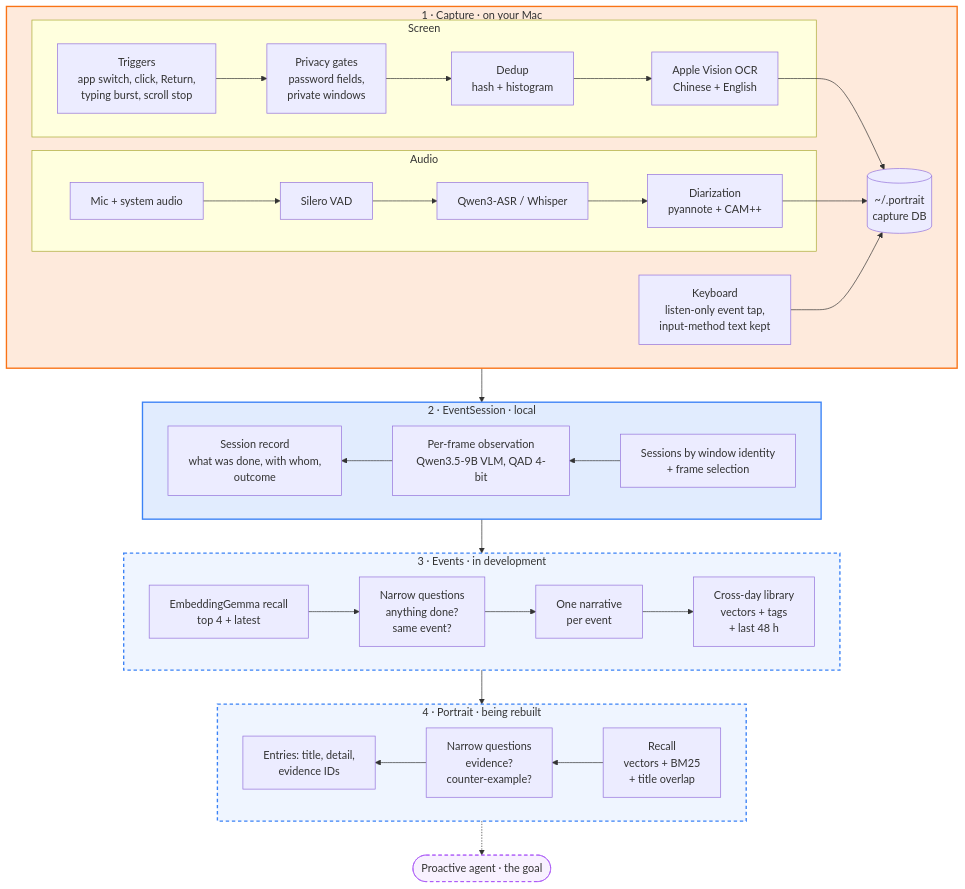
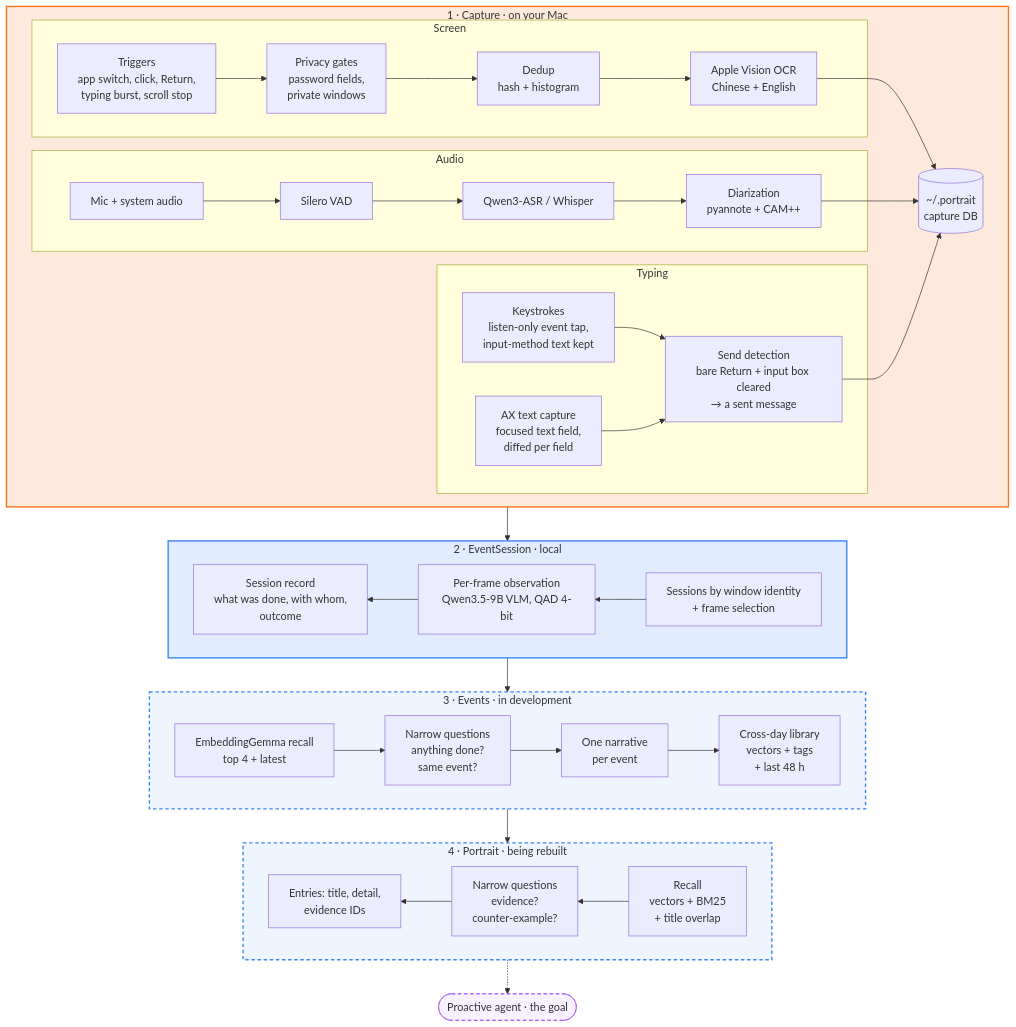
Before and after one commit to joyzhang14-14/My-Portrait: the diagram in README.md, drawn with Mermaid.

Commit message:
docs(readme): typing lane with AX capture and send detection

````diff
--- a/README.md
+++ b/README.md
@@ -19,39 +19,42 @@
 ```mermaid
 flowchart TB
   subgraph CAP["1 · Capture · on your Mac"]
     direction LR
     subgraph SCR["Screen"]
       T["Triggers<br/>app switch, click, Return,<br/>typing burst, scroll stop"] --> PG["Privacy gates<br/>password fields,<br/>private windows"] --> DD["Dedup<br/>hash + histogram"] --> OCR["Apple Vision OCR<br/>Chinese + English"]
     end
     subgraph AUD["Audio"]
       M["Mic + system audio"] --> VAD["Silero VAD"] --> ASR["Qwen3-ASR / Whisper"] --> DZ["Diarization<br/>pyannote + CAM++"]
     end
-    K["Keyboard<br/>listen-only event tap,<br/>input-method text kept"]
+    subgraph KB["Typing"]
+      K["Keystrokes<br/>listen-only event tap,<br/>input-method text kept"] --> SD["Send detection<br/>bare Return + input box cleared<br/>→ a sent message"]
+      AX["AX text capture<br/>focused text field,<br/>diffed per field"] --> SD
+    end
     OCR --> DB[("~/.portrait<br/>capture DB")]
     DZ --> DB
-    K --> DB
+    SD --> DB
   end
 
   subgraph ES["2 · EventSession · local"]
     direction RL
     SP["Sessions by window identity<br/>+ frame selection"] --> OBS["Per-frame observation<br/>Qwen3.5-9B VLM, QAD 4-bit"] --> SR["Session record<br/>what was done, with whom,<br/>outcome"]
   end
 
   subgraph EM["3 · Events · in development"]
     direction LR
     R1["EmbeddingGemma recall<br/>top 4 + latest"] --> Q1["Narrow questions<br/>anything done?<br/>same event?"] --> W1["One narrative<br/>per event"] --> LIB["Cross-day library<br/>vectors + tags<br/>+ last 48 h"]
   end
 
   subgraph PT["4 · Portrait · being rebuilt"]
     direction RL
     R2["Recall<br/>vectors + BM25<br/>+ title overlap"] --> Q2["Narrow questions<br/>evidence?<br/>counter-example?"] --> W2["Entries: title, detail,<br/>evidence IDs"]
   end
 
   CAP --> ES --> EM --> PT -.-> AG(["Proactive agent · the goal"])
 
   style CAP fill:#f9731626,stroke:#f97316,stroke-width:2px
   style ES fill:#3b82f626,stroke:#3b82f6,stroke-width:2px
   style EM fill:#3b82f614,stroke:#3b82f6,stroke-width:2px,stroke-dasharray:5 4
   style PT fill:#3b82f614,stroke:#3b82f6,stroke-width:2px,stroke-dasharray:5 4
   style AG fill:#a855f714,stroke:#a855f7,stroke-dasharray:5 4
 ```
````
